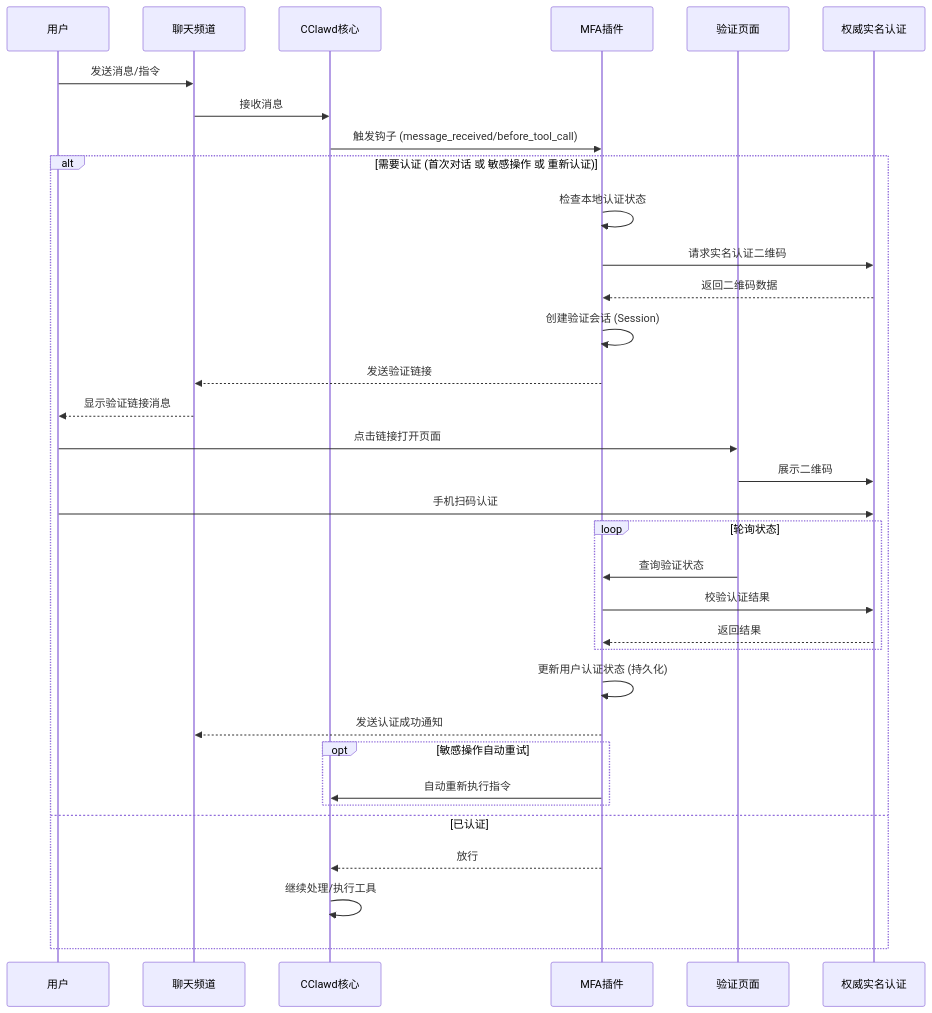
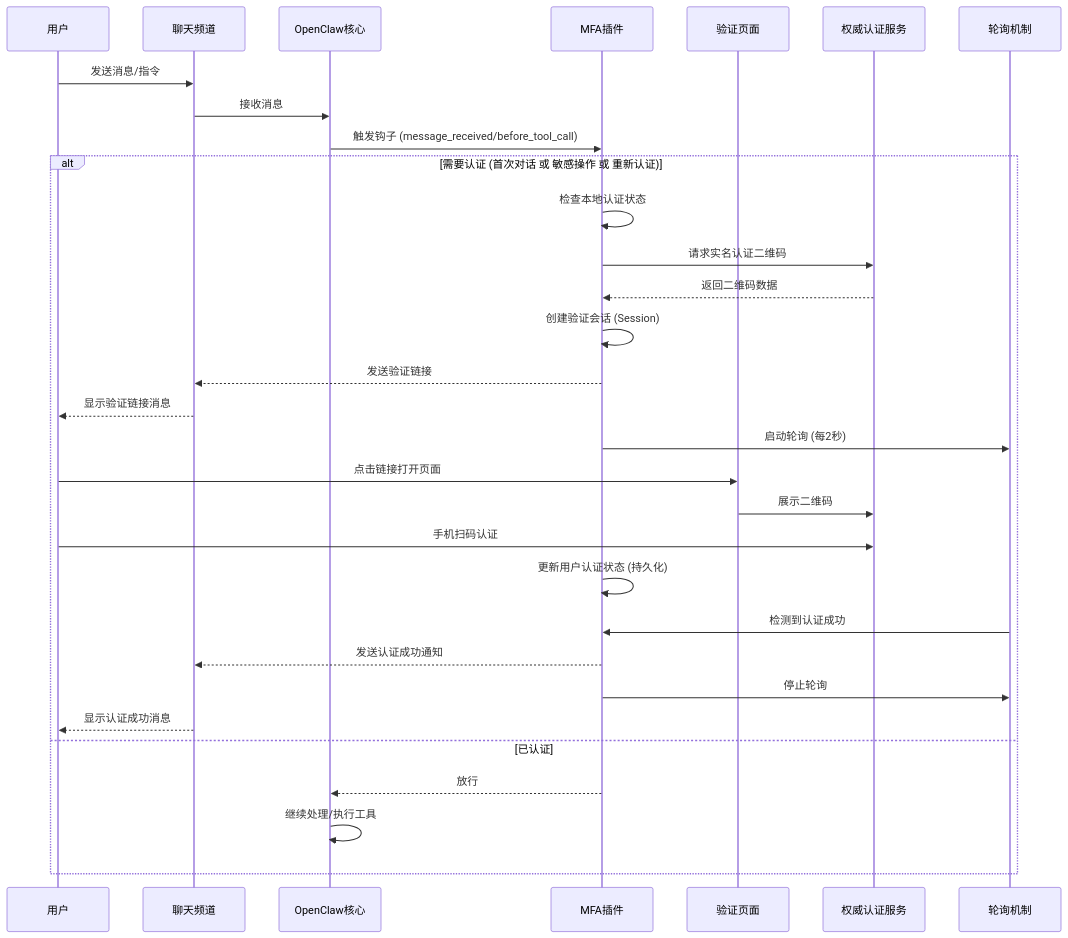
Before and after one commit to C-clawd/cclawd: the diagram in extensions/mfa-auth/README.md, drawn with Mermaid. The commit also changed other lines of this file, not shown here.

````diff
--- a/extensions/mfa-auth/README.md
+++ b/extensions/mfa-auth/README.md
@@ -29,42 +28,37 @@
-  ```mermaid
-  sequenceDiagram
-      participant User as 用户
-      participant Channel as 聊天频道
-      participant CClawd as CClawd核心
-      participant Plugin as MFA插件
-      participant Browser as 验证页面
-      participant Dabby as 权威实名认证
+```mermaid
+sequenceDiagram
+    participant User as 用户
+    participant Channel as 聊天频道
+    participant OpenClaw as OpenClaw核心
+    participant Plugin as MFA插件
+    participant Browser as 验证页面
+    participant Dabby as 权威认证服务
+    participant Polling as 轮询机制
 
-      User->>Channel: 发送消息/指令
-      Channel->>CClawd: 接收消息
-      CClawd->>Plugin: 触发钩子 (message_received/before_tool_call)
+    User->>Channel: 发送消息/指令
+    Channel->>OpenClaw: 接收消息
+    OpenClaw->>Plugin: 触发钩子 (message_received/before_tool_call)
 
-      alt 需要认证 (首次对话 或 敏感操作 或 重新认证)
-          Plugin->>Plugin: 检查本地认证状态
-          Plugin->>Dabby: 请求实名认证二维码
-          Dabby-->>Plugin: 返回二维码数据
-          Plugin->>Plugin: 创建验证会话 (Session)
-          Plugin-->>Channel: 发送验证链接
-          Channel-->>User: 显示验证链接消息
+    alt 需要认证 (首次对话 或 敏感操作 或 重新认证)
+        Plugin->>Plugin: 检查本地认证状态
+        Plugin->>Dabby: 请求实名认证二维码
+        Dabby-->>Plugin: 返回二维码数据
+        Plugin->>Plugin: 创建验证会话 (Session)
+        Plugin-->>Channel: 发送验证链接
+        Channel-->>User: 显示验证链接消息
+        Plugin->>Polling: 启动轮询 (每2秒)
 
-          User->>Browser: 点击链接打开页面
-          Browser->>Dabby: 展示二维码
-          User->>Dabby: 手机扫码认证
+        User->>Browser: 点击链接打开页面
+        Browser->>Dabby: 展示二维码
+        User->>Dabby: 手机扫码认证
+        Plugin->>Plugin: 更新用户认证状态 (持久化)
 
-          loop 轮询状态
-              Browser->>Plugin: 查询验证状态
-              Plugin->>Dabby: 校验认证结果
-              Dabby-->>Plugin: 返回结果
-          end
-
-          Plugin->>Plugin: 更新用户认证状态 (持久化)
-          Plugin-->>Channel: 发送认证成功通知
-
-          opt 敏感操作自动重试
-              Plugin->>CClawd: 自动重新执行指令
-          end
-      else 已认证
-          Plugin-->>CClawd: 放行
-          CClawd->>CClawd: 继续处理/执行工具
-      end
-  ```
+        Polling->>Plugin: 检测到认证成功
+        Plugin-->>Channel: 发送认证成功通知
+        Plugin->>Polling: 停止轮询
+        Channel-->>User: 显示认证成功消息
+    else 已认证
+        Plugin-->>OpenClaw: 放行
+        OpenClaw->>OpenClaw: 继续处理/执行工具
+    end
+```
````
